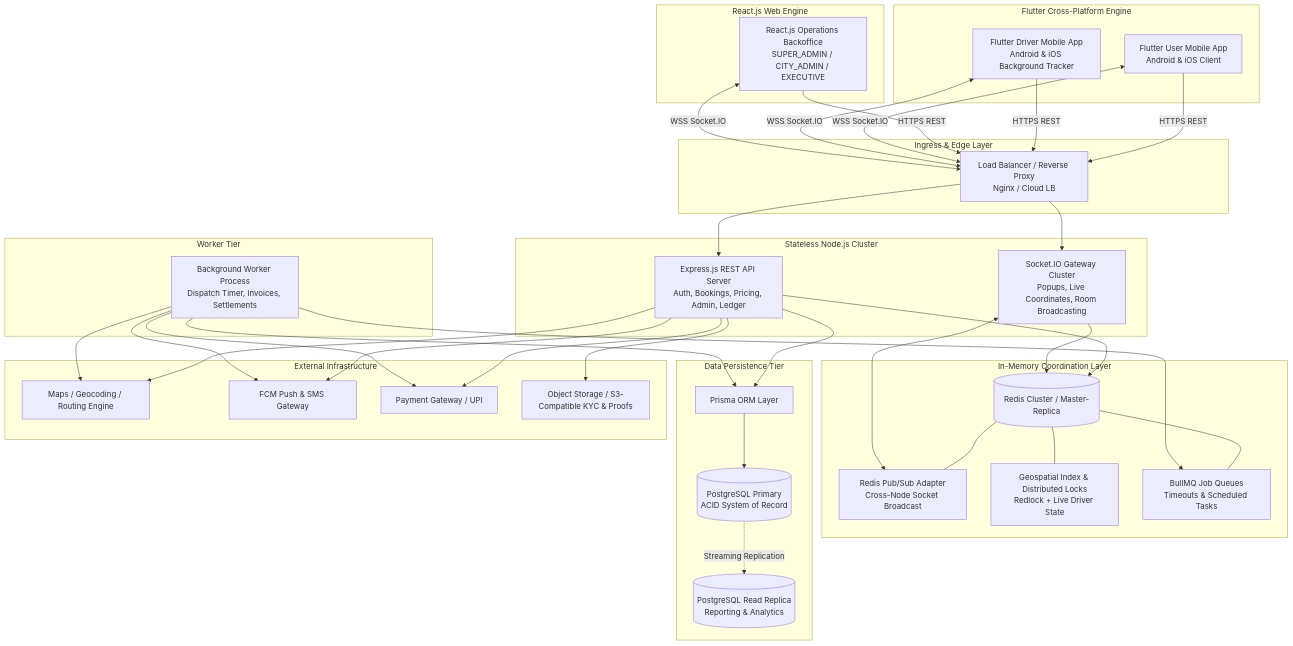
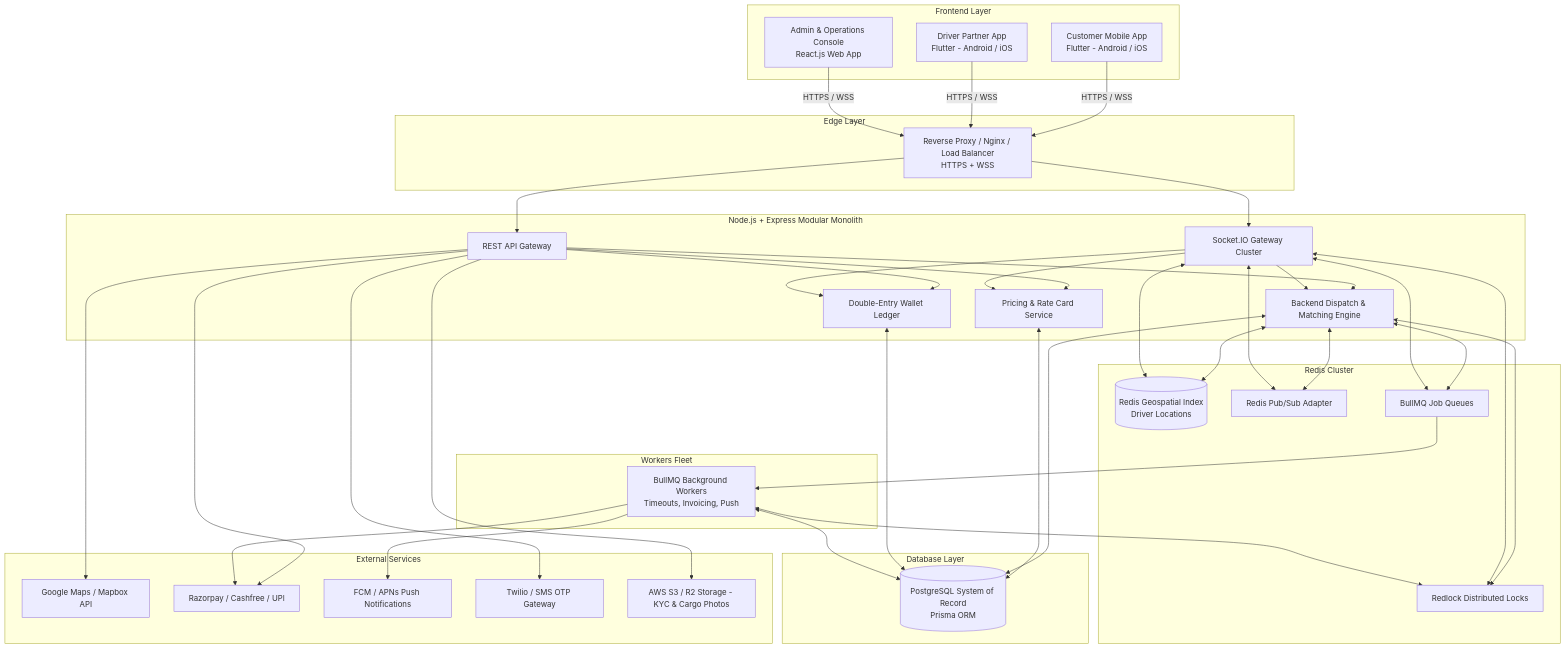
Before and after one commit to sheikh22hamid-create/ShifterOnline-Nodejs: the first of 4 diagrams in Architecture/01-System-Architecture.md, drawn with Mermaid. The commit also changed other lines of this file and 2 other files, not shown here.

Commit message:
docs: initialize architecture documentation for system, user roles, and city structure

````diff
--- a/Architecture/01-System-Architecture.md
+++ b/Architecture/01-System-Architecture.md
@@ -174,67 +45,57 @@
 ```mermaid
-graph TB
-    subgraph Mobile Platform [Flutter Cross-Platform Engine]
-        FlutterUser[Flutter User Mobile App<br/>Android & iOS Client]
-        FlutterDriver[Flutter Driver Mobile App<br/>Android & iOS Background Tracker]
+graph TD
+    subgraph Client Apps [Frontend Layer]
+        UserApp[Customer Mobile App<br/>Flutter - Android / iOS]
+        DriverApp[Driver Partner App<br/>Flutter - Android / iOS]
+        AdminWeb[Admin & Operations Console<br/>React.js Web App]
     end
 
-    subgraph Web Platform [React.js Web Engine]
-        ReactAdmin[React.js Operations Backoffice<br/>SUPER_ADMIN / CITY_ADMIN / EXECUTIVE]
+    subgraph Edge Layer
+        LB[Reverse Proxy / Nginx / Load Balancer<br/>HTTPS + WSS]
     end
 
-    subgraph Ingress & Edge Layer
-        LB[Load Balancer / Reverse Proxy<br/>Nginx / Cloud LB]
+    subgraph Backend Core [Node.js + Express Modular Monolith]
+        API[REST API Gateway]
+        SocketServer[Socket.IO Gateway Cluster]
+        DispatchEngine[Backend Dispatch & Matching Engine]
+        PricingEngine[Pricing & Rate Card Service]
+        WalletEngine[Double-Entry Wallet Ledger]
     end
 
-    subgraph Application Tier [Stateless Node.js Cluster]
-        API[Express.js REST API Server<br/>Auth, Bookings, Pricing, Admin, Ledger]
-        SocketServer[Socket.IO Gateway Cluster<br/>Popups, Live Coordinates, Room Broadcasting]
+    subgraph In-Memory Layer [Redis Cluster]
+        RedisGeo[(Redis Geospatial Index<br/>Driver Locations)]
+        RedisPubSub[Redis Pub/Sub Adapter]
+        RedisLock[Redlock Distributed Locks]
+        BullQueues[BullMQ Job Queues]
     end
 
-    subgraph In-Memory Coordination Layer
-        RedisMaster[(Redis Cluster / Master-Replica)]
-        RedisPubSub[Redis Pub/Sub Adapter<br/>Cross-Node Socket Broadcast]
-        RedisCache[Geospatial Index & Distributed Locks<br/>Redlock + Live Driver State]
-        RedisQueue[BullMQ Job Queues<br/>Timeouts & Scheduled Tasks]
+    subgraph Database Layer
+        Postgres[(PostgreSQL System of Record<br/>Prisma ORM)]
     end
 
-    subgraph Data Persistence Tier
-        Prisma[Prisma ORM Layer]
-        PostgresPrimary[(PostgreSQL Primary<br/>ACID System of Record)]
-        PostgresReplica[(PostgreSQL Read Replica<br/>Reporting & Analytics)]
+    subgraph Workers Fleet
+        Workers[BullMQ Background Workers<br/>Timeouts, Invoicing, Push]
     end
 
-    subgraph Worker Tier
-        Worker[Background Worker Process<br/>Dispatch Timer, Invoices, Settlements]
+    subgraph External Services
+        Maps[Google Maps / Mapbox API]
+        PaymentGateways[Razorpay / Cashfree / UPI]
+        PushService[FCM / APNs Push Notifications]
+        SMS[Twilio / SMS OTP Gateway]
+        S3[AWS S3 / R2 Storage - KYC & Cargo Photos]
     end
 
-    subgraph External Infrastructure
-        MapsAPI[Maps / Geocoding / Routing Engine]
-        SMSPush[FCM Push & SMS Gateway]
-        PayGateway[Payment Gateway / UPI]
-        S3Storage[Object Storage / S3-Compatible KYC & Proofs]
-    end
+    UserApp & DriverApp & AdminWeb -->|HTTPS / WSS| LB
+    LB --> API & SocketServer
 
-    FlutterUser & FlutterDriver & ReactAdmin -->|HTTPS REST| LB
-    FlutterUser & FlutterDriver & ReactAdmin <-->|WSS Socket.IO| LB
-    LB --> API
-    LB --> SocketServer
+    API & SocketServer --> DispatchEngine & PricingEngine & WalletEngine
+    
+    DispatchEngine & SocketServer <--> RedisGeo & RedisPubSub & RedisLock & BullQueues
+    DispatchEngine & PricingEngine & WalletEngine <--> Postgres
+    
+    BullQueues --> Workers
+    Workers <--> Postgres & RedisLock
 
-    API & SocketServer --> RedisMaster
-    RedisMaster --- RedisPubSub
-    RedisMaster --- RedisCache
-    RedisMaster --- RedisQueue
-
-    API --> Prisma
-    Worker --> Prisma
-    Prisma --> PostgresPrimary
-    PostgresPrimary -.->|Streaming Replication| PostgresReplica
-
-    Worker --> RedisQueue
-    SocketServer <--> RedisPubSub
-
-    API & Worker --> MapsAPI
-    API & Worker --> SMSPush
-    API & Worker --> PayGateway
-    API --> S3Storage
+    API --> Maps & PaymentGateways & SMS & S3
+    Workers --> PushService & PaymentGateways
 ```
````
